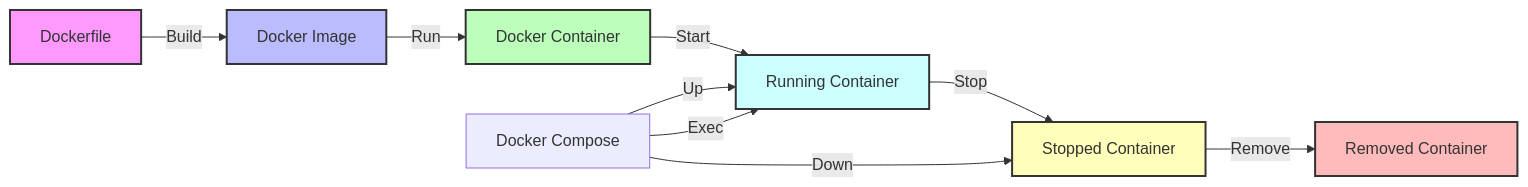
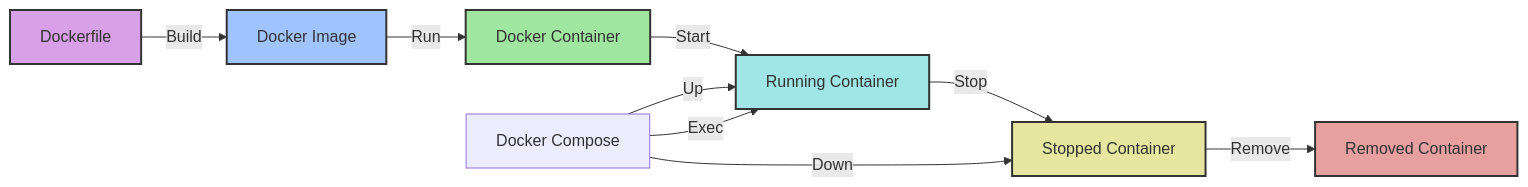
One commit to SoundMindsAI/ai_examples changed the third of 5 diagrams in An_LLM_Query_Understanding_Service/README.md. Above: the diagram before and after it, drawn with Mermaid. The commit also changed other lines of this file, not shown here.

Commit message:
Add model comparison section and update diagrams with new color scheme

````diff
--- a/An_LLM_Query_Understanding_Service/README.md
+++ b/An_LLM_Query_Understanding_Service/README.md
@@ -131,19 +153,19 @@
 ```mermaid
 graph LR
     Dockerfile[Dockerfile] -->|Build| DockerImage[Docker Image]
     DockerImage -->|Run| DockerContainer[Docker Container]
     DockerContainer -->|Start| RunningContainer[Running Container]
     RunningContainer -->|Stop| StoppedContainer[Stopped Container]
     StoppedContainer -->|Remove| RemovedContainer[Removed Container]
     
     DockerCompose[Docker Compose] -->|Up| RunningContainer
     DockerCompose -->|Down| StoppedContainer
     DockerCompose -->|Exec| RunningContainer
     
-    style Dockerfile fill:#f9f,stroke:#333,stroke-width:2px
-    style DockerImage fill:#bbf,stroke:#333,stroke-width:2px
-    style DockerContainer fill:#bfb,stroke:#333,stroke-width:2px
-    style RunningContainer fill:#cff,stroke:#333,stroke-width:2px
-    style StoppedContainer fill:#ffb,stroke:#333,stroke-width:2px
-    style RemovedContainer fill:#fbb,stroke:#333,stroke-width:2px
+    style Dockerfile fill:#d8a0e6,stroke:#333,stroke-width:2px
+    style DockerImage fill:#a0c4ff,stroke:#333,stroke-width:2px
+    style DockerContainer fill:#a0e6a0,stroke:#333,stroke-width:2px
+    style RunningContainer fill:#a0e6e6,stroke:#333,stroke-width:2px
+    style StoppedContainer fill:#e6e6a0,stroke:#333,stroke-width:2px
+    style RemovedContainer fill:#e6a0a0,stroke:#333,stroke-width:2px
 ```
````
